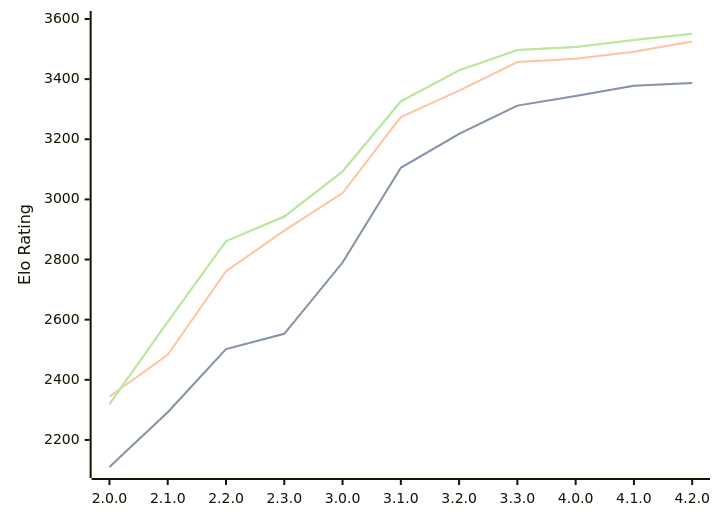
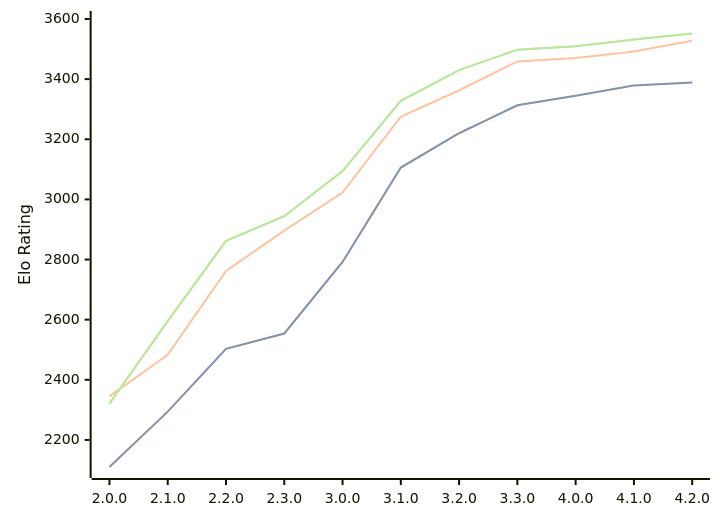
The diagram in engines/Raphael.md (computer-chess-index/cci), drawn with Mermaid before and after one commit. The commit also changed other lines of this file, not shown here.

Commit message:
Update CCI Ratings (ELO VLTC) - 2026-08-15

````diff
--- a/engines/Raphael.md
+++ b/engines/Raphael.md
@@ -41,11 +41,11 @@
 ```mermaid
 %%{init: {"theme":"base","themeVariables":{"seriesColors:['#a3a3a3','#222221','#faa371']}}}%%
 xychart-beta
   x-axis ["2.0.0", "2.1.0", "2.2.0", "2.3.0", "3.0.0", "3.1.0", "3.2.0", "3.3.0", "4.0.0", "4.1.0", "4.2.0"]
   y-axis "Elo Rating" 2100 --> 3600
-  line "STC (8.0+0.08s)" [2110, 2292, 2502, 2553, 2790, 3105, 3218, 3312, 3344, 3378, 3387]
-  line "STC (8.0+0.08s)" [2110, 2292, 2502, 2553, 2790, 3105, 3218, 3312, 3344, 3378, 3387]
-  line "LTC (60.0+0.60s)" [2344, 2483, 2761, 2896, 3021, 3274, 3362, 3457, 3468, 3491, 3525]
-  line "VLTC (2m24s+1.12s)" [2319, 2593, 2861, 2943, 3093, 3326, 3429, 3497, 3507, 3530, 3551]
-  line "VLTC (2m24s+1.12s)" [2319, 2593, 2861, 2943, 3093, 3326, 3429, 3497, 3507, 3530, 3551]
+  line "STC (8.0+0.08s)" [2110, 2294, 2503, 2554, 2792, 3106, 3220, 3313, 3345, 3379, 3389]
+  line "STC (8.0+0.08s)" [2110, 2294, 2503, 2554, 2792, 3106, 3220, 3313, 3345, 3379, 3389]
+  line "LTC (60.0+0.60s)" [2345, 2483, 2762, 2896, 3023, 3275, 3363, 3459, 3470, 3492, 3528]
+  line "VLTC (2m24s+1.12s)" [2321, 2595, 2862, 2944, 3094, 3328, 3430, 3498, 3509, 3532, 3552]
+  line "VLTC (2m24s+1.12s)" [2321, 2595, 2862, 2944, 3094, 3328, 3430, 3498, 3509, 3532, 3552]
 ```
````
